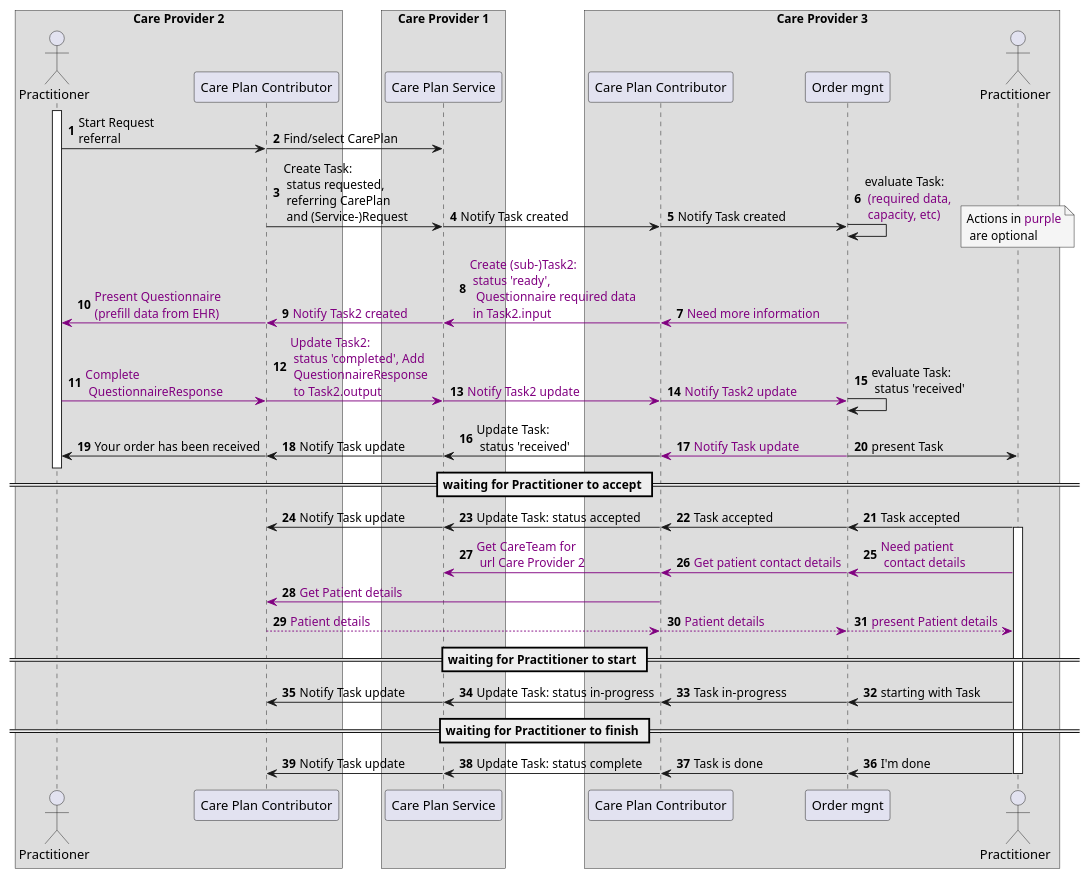
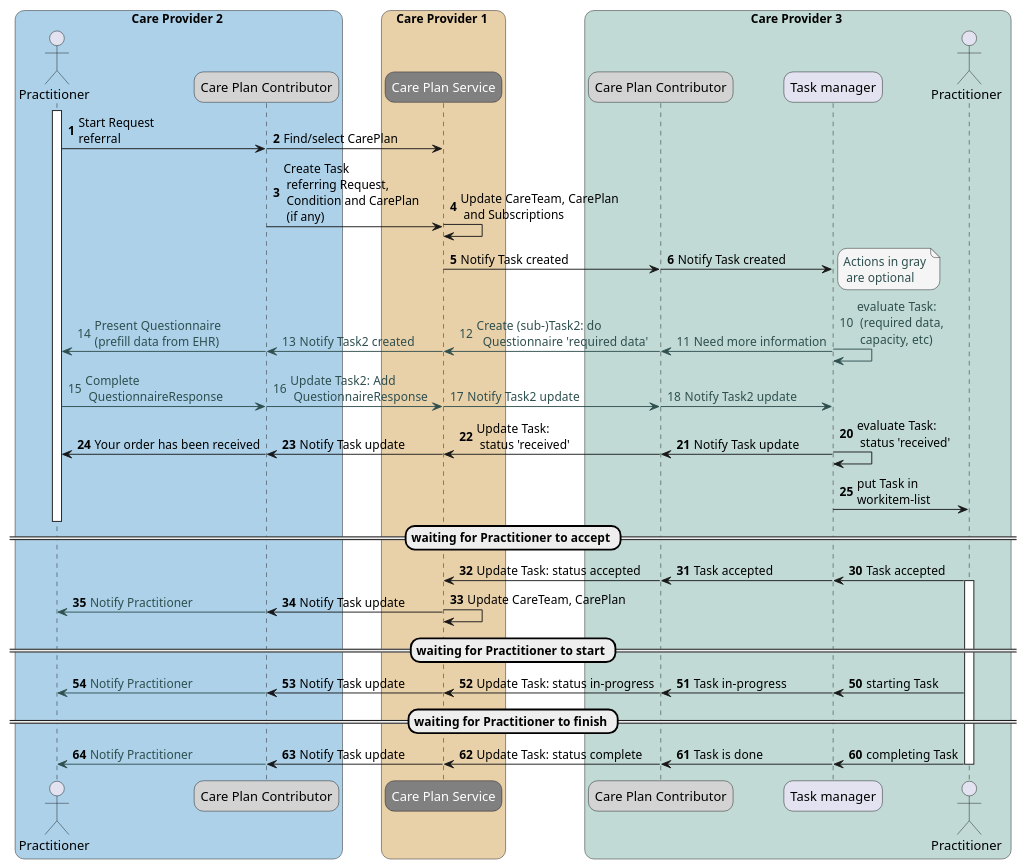
Before and after one commit to SanteonNL/shared-care-planning: the diagram in input/images-source/overview-task-negotiation-1-2-3.plantuml, drawn with PlantUML. The commit also changed 23 other files, not shown here.

```diff
--- a/input/images-source/overview-task-negotiation-1-2-3.plantuml
+++ b/input/images-source/overview-task-negotiation-1-2-3.plantuml
@@ -1,82 +1,95 @@
 @startuml overview-task-negotiation-1-2-3
 
+skinparam roundcorner 20
+skinparam defaultFontName Arial 
 autonumber
 !pragma teoz true
 
-box Care Provider 2
+box Care Provider 2 #acd1e9
     actor "Practitioner" as Practitioner1
-    participant "Care Plan Contributor" as CPC1
+    participant "Care Plan Contributor" as CPC1 #LightGray
 end box
-box Care Provider 1
-    participant "Care Plan Service" as CPS
+box Care Provider 1 #e8d0a9
+    participant "<font color=white>Care Plan Service" as CPS #Gray
 end box
 
-box Care Provider 3
-    participant "Care Plan Contributor" as CPC2
-    participant "Order mgnt" as EHR2
+box Care Provider 3 #c1dad6
+    participant "Care Plan Contributor" as CPC2 #LightGray
+    participant "Task manager" as EHR2
     actor "Practitioner" as Practitioner2
 end box
+
 
 activate Practitioner1
 Practitioner1 -> CPC1 : Start Request\nreferral
 & CPC1 -> CPS : Find/select CarePlan
-CPC1 -> CPS : Create Task:\n status requested,\n referring CarePlan\n and (Service-)Request
-& CPS -> CPC2  : Notify Task created
+CPC1 -> CPS : Create Task\n referring Request,\n Condition and CarePlan\n (if any)
+& CPS -> CPS  : Update CareTeam, CarePlan\n and Subscriptions
+CPS -> CPC2  : Notify Task created
 & CPC2 -> EHR2  : Notify Task created
-& EHR2 -> EHR2 : evaluate Task:\n <color #purple>(required data,\n <color #purple>capacity, etc)
-
-& note over Practitioner2 #WhiteSmoke
-Actions in <color #purple>purple
- are optional
+& note right EHR2 #WhiteSmoke
+<color #DarkSlateGray>Actions in gray
+ <color #DarkSlateGray>are optional
 end note
 
+autonumber 10 "<font color=DarkSlateGray>0"
+EHR2 -[#DarkSlateGray]> EHR2 : <color #DarkSlateGray>evaluate Task:\n <color #DarkSlateGray>(required data,\n <color #DarkSlateGray>capacity, etc)
+& EHR2 -[#DarkSlateGray]> CPC2 : <color #DarkSlateGray>Need more information
+& CPC2 -[#DarkSlateGray]> CPS  : <color #DarkSlateGray>Create (sub-)Task2: do \n <color #DarkSlateGray> Questionnaire 'required data'
+& CPS -[#DarkSlateGray]> CPC1 : <color #DarkSlateGray>Notify Task2 created
+& CPC1 -[#DarkSlateGray]> Practitioner1 : <color #DarkSlateGray>Present Questionnaire\n<color #DarkSlateGray>(prefill data from EHR)
 
-EHR2 -[#purple]> CPC2 : <color #purple>Need more information
-& CPC2 -[#purple]> CPS  : <color #purple>Create (sub-)Task2:\n <color #purple>status 'ready',\n <color #purple> Questionnaire required data\n <color #purple>in Task2.input
-& CPS -[#purple]> CPC1 : <color #purple>Notify Task2 created
-& CPC1 -[#purple]> Practitioner1 : <color #purple>Present Questionnaire\n<color #purple>(prefill data from EHR)
+Practitioner1 -[#DarkSlateGray]> CPC1 : <color #DarkSlateGray>Complete\n <color #DarkSlateGray>QuestionnaireResponse
+& CPC1 -[#DarkSlateGray]> CPS : <color #DarkSlateGray>Update Task2: Add\n <color #DarkSlateGray>QuestionnaireResponse
+& CPS -[#DarkSlateGray]> CPC2 : <color #DarkSlateGray>Notify Task2 update
+& CPC2 -[#DarkSlateGray]> EHR2 : <color #DarkSlateGray>Notify Task2 update
 
-Practitioner1 -[#purple]> CPC1 : <color #purple>Complete\n <color #purple>QuestionnaireResponse
-& CPC1 -[#purple]> CPS : <color #purple>Update Task2: \n <color #purple>status 'completed', Add\n <color #purple>QuestionnaireResponse\n <color #purple>to Task2.output
-& CPS -[#purple]> CPC2 : <color #purple>Notify Task2 update
-& CPC2 -[#purple]> EHR2 : <color #purple>Notify Task2 update
-
-& EHR2 -> EHR2 : evaluate Task:\n status 'received'
-
-CPC2 -> CPS : Update Task: \n status 'received'
-& EHR2 -[#purple]> CPC2 : <color #purple>Notify Task update
+autonumber 20
+EHR2 -> EHR2 : evaluate Task:\n status 'received'
+& EHR2 -> CPC2 : Notify Task update
+& CPC2 -> CPS : Update Task: \n status 'received'
 & CPS -> CPC1 : Notify Task update
 & CPC1 -> Practitioner1 : Your order has been received
-& EHR2 -> Practitioner2 : present Task
+
+
+EHR2 -> Practitioner2 : put Task in \nworkitem-list
 
 deactivate Practitioner1
 
 == waiting for Practitioner to accept ==
+autonumber 30
 Practitioner2 -> EHR2 : Task accepted
 activate Practitioner2
 & EHR2 -> CPC2 : Task accepted
 & CPC2 -> CPS : Update Task: status accepted
+CPS -> CPS  : Update CareTeam, CarePlan
 & CPS -> CPC1 : Notify Task update
+& CPC1 -[#DarkSlateGray]> Practitioner1 : <color #DarkSlateGray>Notify Practitioner
 
-Practitioner2 -[#purple]> EHR2 : <color #purple>Need patient\n <color #purple>contact details
+' autonumber 40 "<font color=DarkSlateGray>0"
+' Practitioner2 -[#DarkSlateGray]> EHR2 : <color #DarkSlateGray>Need patient\n <color #DarkSlateGray>contact details
 
-& EHR2 -[#purple]> CPC2 : <color #purple>Get patient contact details
-& CPC2 -[#purple]> CPS : <color #purple>Get CareTeam for\n <color #purple>url Care Provider 2
-CPC2 -[#purple]> CPC1 : <color #purple>Get Patient details
-CPC1 -[#purple]-> CPC2 : <color #purple>Patient details
+' & EHR2 -[#DarkSlateGray]> CPC2 : <color #DarkSlateGray>Get patient contact details
+' & CPC2 -[#DarkSlateGray]> CPS : <color #DarkSlateGray>Get CareTeam for\n <color #DarkSlateGray>url Care Provider 2
+' CPC2 -[#DarkSlateGray]> CPC1 : <color #DarkSlateGray>Get Patient details
+' CPC1 -[#DarkSlateGray]-> CPC2 : <color #DarkSlateGray>Patient details
 
-& CPC2 -[#purple]-> EHR2 : <color #purple>Patient details
+' & CPC2 -[#DarkSlateGray]-> EHR2 : <color #DarkSlateGray>Patient details
 
-& EHR2 -[#purple]-> Practitioner2 : <color #purple>present Patient details
+' & EHR2 -[#DarkSlateGray]-> Practitioner2 : <color #DarkSlateGray>present Patient details
 == waiting for Practitioner to start ==
-Practitioner2 -> EHR2 : starting with Task
+autonumber 50
+Practitioner2 -> EHR2 : starting Task
 & EHR2 -> CPC2 : Task in-progress
 & CPC2 -> CPS : Update Task: status in-progress
 & CPS -> CPC1 : Notify Task update
+& CPC1 -[#DarkSlateGray]> Practitioner1 : <color #DarkSlateGray>Notify Practitioner
 == waiting for Practitioner to finish ==
-Practitioner2 -> EHR2 : I'm done
+autonumber 60
+Practitioner2 -> EHR2 : completing Task
 & EHR2 -> CPC2 : Task is done
 & CPC2 -> CPS : Update Task: status complete
 & CPS -> CPC1 : Notify Task update
+& CPC1 -[#DarkSlateGray]> Practitioner1 : <color #DarkSlateGray>Notify Practitioner
 deactivate Practitioner2
 @enduml
```
